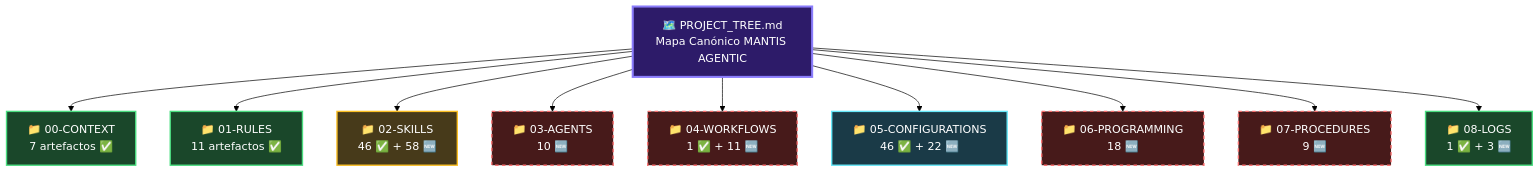
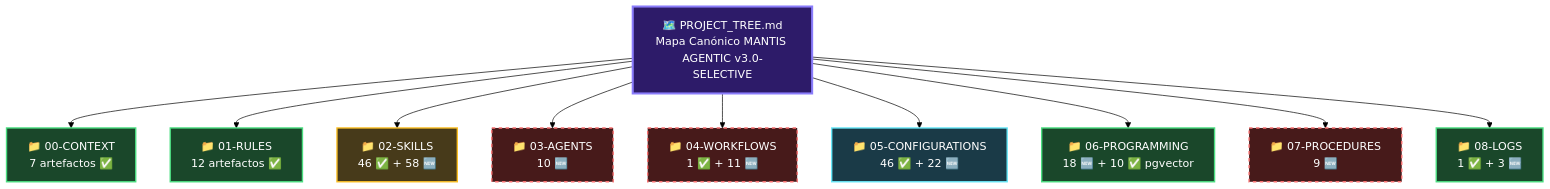
One commit to Mantis-AgenticDev/agentic-infra-docs changed the diagram in PROJECT_TREE.md. Above: the diagram before and after it, drawn with Mermaid (forest theme). The commit also changed other lines of this file and 6 other files, not shown here.

````diff
--- a/PROJECT_TREE.md
+++ b/PROJECT_TREE.md
@@ -717,35 +770,35 @@
 ```mermaid
 flowchart TD
-    ROOT["🗺️ PROJECT_TREE.md<br/>Mapa Canónico MANTIS AGENTIC"]
+    ROOT["🗺️ PROJECT_TREE.md<br/>Mapa Canónico MANTIS AGENTIC v3.0-SELECTIVE"]
     
     CONTEXT["📁 00-CONTEXT<br/>7 artefactos ✅"]
-    RULES["📁 01-RULES<br/>11 artefactos ✅"]
+    RULES["📁 01-RULES<br/>12 artefactos ✅"]
     SKILLS["📁 02-SKILLS<br/>46 ✅ + 58 🆕"]
     AGENTS["📁 03-AGENTS<br/>10 🆕"]
     WORKFLOWS["📁 04-WORKFLOWS<br/>1 ✅ + 11 🆕"]
     CONFIG["📁 05-CONFIGURATIONS<br/>46 ✅ + 22 🆕"]
-    PROGRAMMING["📁 06-PROGRAMMING<br/>18 🆕"]
+    PROGRAMMING["📁 06-PROGRAMMING<br/>18 🆕 + 10 ✅ pgvector"]
     PROCEDURES["📁 07-PROCEDURES<br/>9 🆕"]
     LOGS["📁 08-LOGS<br/>1 ✅ + 3 🆕"]
     
     ROOT --> CONTEXT
     ROOT --> RULES
     ROOT --> SKILLS
     ROOT --> AGENTS
     ROOT --> WORKFLOWS
     ROOT --> CONFIG
     ROOT --> PROGRAMMING
     ROOT --> PROCEDURES
     ROOT --> LOGS
     
     style ROOT fill:#2d1b69,stroke:#8a7cfb,stroke-width:3px,color:#fff
     style CONTEXT fill:#1a472a,stroke:#4ade80,stroke-width:2px,color:#fff
     style RULES fill:#1a472a,stroke:#4ade80,stroke-width:2px,color:#fff
     style SKILLS fill:#473a1a,stroke:#fbbf24,stroke-width:2px,color:#fff
     style AGENTS fill:#471a1a,stroke:#f87171,stroke-width:2px,color:#fff,stroke-dasharray:5 5
     style WORKFLOWS fill:#471a1a,stroke:#f87171,stroke-width:2px,color:#fff,stroke-dasharray:5 5
     style CONFIG fill:#1a3a47,stroke:#67e8f9,stroke-width:2px,color:#fff
-    style PROGRAMMING fill:#471a1a,stroke:#f87171,stroke-width:2px,color:#fff,stroke-dasharray:5 5
+    style PROGRAMMING fill:#1a472a,stroke:#4ade80,stroke-width:2px,color:#fff
     style PROCEDURES fill:#471a1a,stroke:#f87171,stroke-width:2px,color:#fff,stroke-dasharray:5 5
     style LOGS fill:#1a472a,stroke:#4ade80,stroke-width:2px,color:#fff
 ```
````
